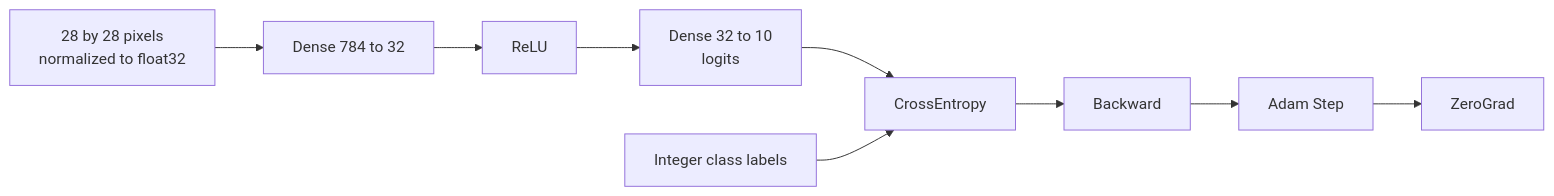
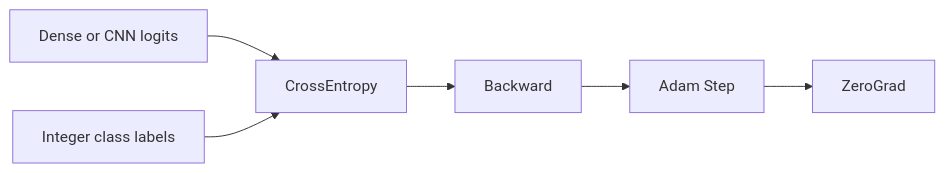
One commit to bpradana/goml changed the second of 2 diagrams in nn/examples/mnist/README.md. Above: the diagram before and after it, drawn with Mermaid. The commit also changed other lines of this file and 7 other files, not shown here.

````diff
--- a/nn/examples/mnist/README.md
+++ b/nn/examples/mnist/README.md
@@ -51,11 +78,8 @@
 ```mermaid
 flowchart LR
-    Pixels["28 by 28 pixels<br/>normalized to float32"] --> Hidden["Dense 784 to 32"]
-    Hidden --> ReLU["ReLU"]
-    ReLU --> Output["Dense 32 to 10<br/>logits"]
-    Output --> Loss["CrossEntropy"]
+    Output["Dense or CNN logits"] --> Loss["CrossEntropy"]
     Labels["Integer class labels"] --> Loss
     Loss --> Backward["Backward"]
     Backward --> Adam["Adam Step"]
     Adam --> Clear["ZeroGrad"]
 ```
````
